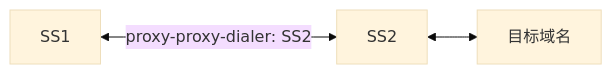
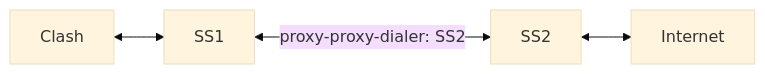
Before and after one commit to MetaCubeX/Meta-Docs: the diagram in docs/config/proxies/index.md, drawn with Mermaid (base theme).

````diff
--- a/docs/config/proxies/index.md
+++ b/docs/config/proxies/index.md
@@ -73,6 +73,7 @@
 ```mermaid
 flowchart LR
+  Clash  <--> SS1
   SS1 <--> |proxy-proxy-dialer: SS2|SS2[SS2]
-  SS2 <--> 目标域名
+  SS2 <--> Internet
 
 ```
````
